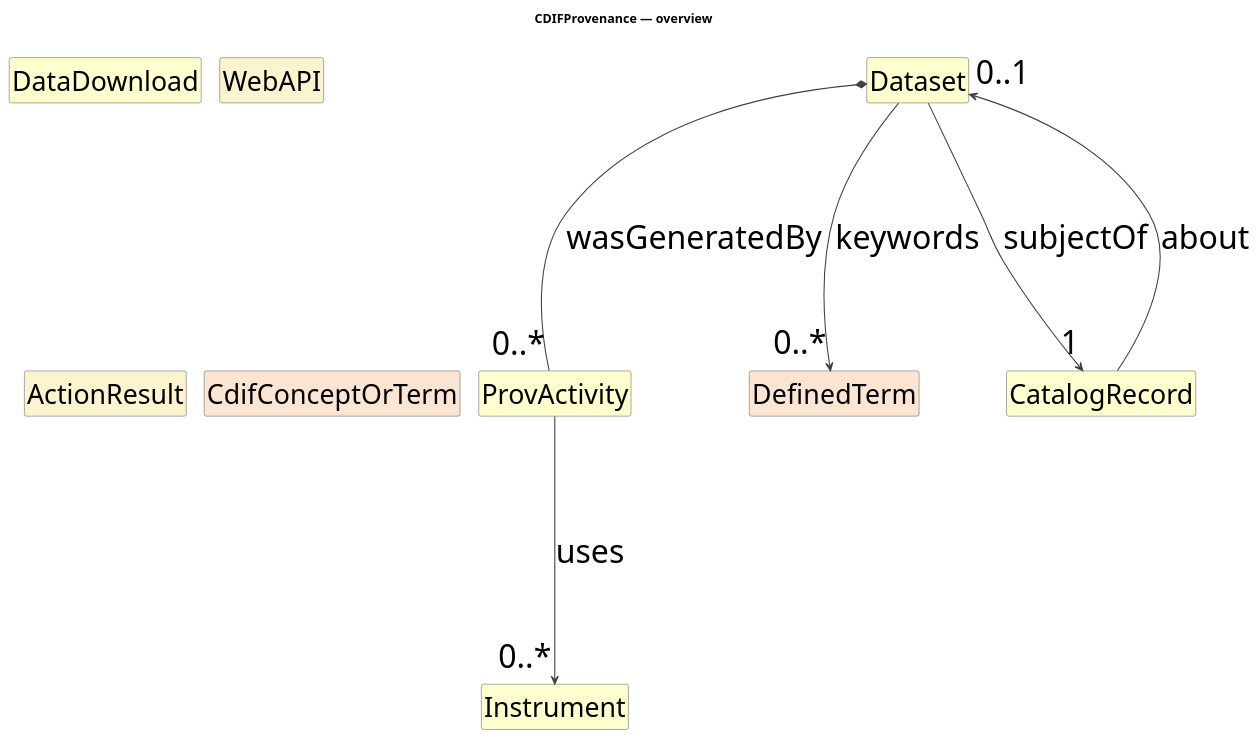
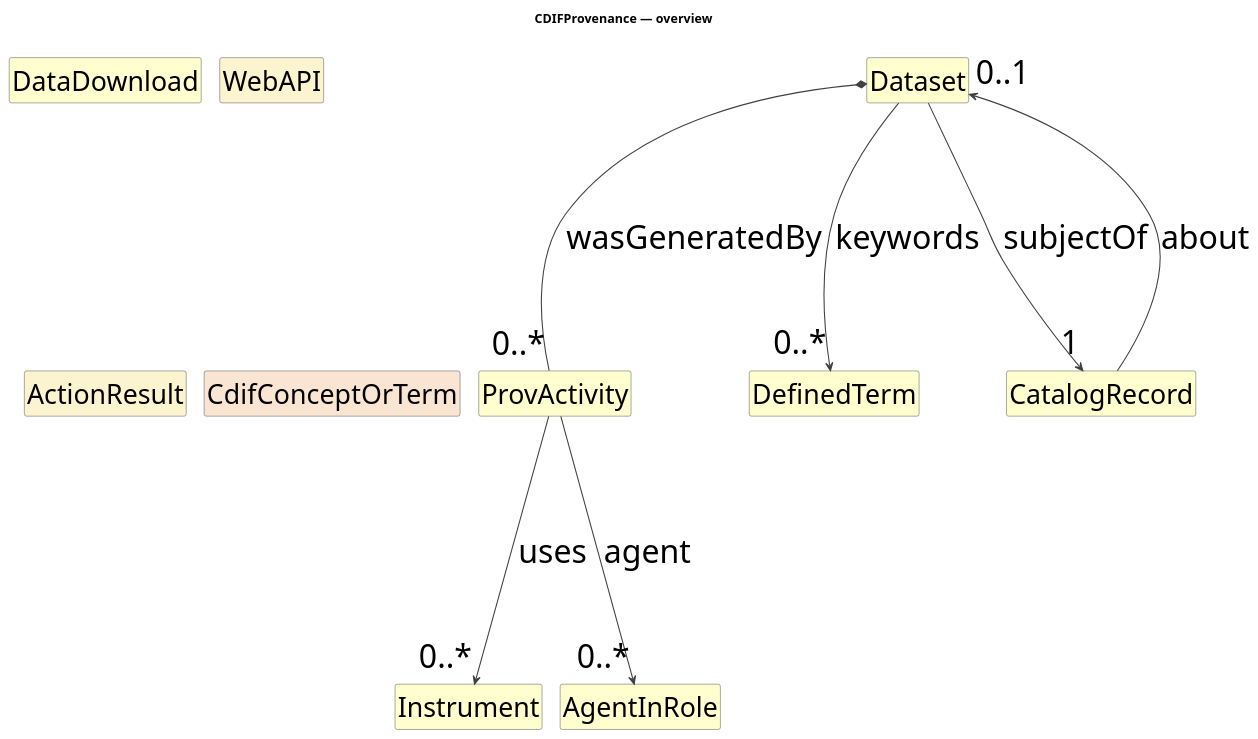
Before and after one commit to Cross-Domain-Interoperability-Framework/metadataBuildingBlocks: the diagram in cdif-uml-model/_plantuml/cdifProvenance/index.local.pu, drawn with PlantUML. The commit also changed 485 other files, not shown here.

```diff
--- a/cdif-uml-model/_plantuml/cdifProvenance/index.local.pu
+++ b/cdif-uml-model/_plantuml/cdifProvenance/index.local.pu
@@ -1,32 +1,34 @@
 @startuml
 title CDIFProvenance — overview
 hide circle
 hide empty members
 skinparam shadowing false
 skinparam ArrowThickness 1.2
 skinparam ranksep 250
 skinparam nodesep 20
 skinparam defaultFontSize 36
 skinparam class {
   ArrowColor #404040
   BorderColor #404040
   FontSize 36
   AttributeFontSize 30
 }
 
 class "ProvActivity" as ProvActivity #FEFECE
 class "Instrument" as Instrument #FEFECE
+class "AgentInRole" as AgentInRole #FEFECE
 class "Dataset" as Dataset #FEFECE
 class "DataDownload" as DataDownload #FEFECE
 class "WebAPI" as WebAPI #FCF3CF
 class "ActionResult" as ActionResult #FCF3CF
-class "DefinedTerm" as DefinedTerm #FAE5D3
+class "DefinedTerm" as DefinedTerm #FEFECE
 class "CatalogRecord" as CatalogRecord #FEFECE
 class "CdifConceptOrTerm" as CdifConceptOrTerm #FAE5D3
 ProvActivity --> "0..*" Instrument : uses
+ProvActivity --> "0..*" AgentInRole : agent
 Dataset *-- "0..*" ProvActivity : wasGeneratedBy
 Dataset --> "1" CatalogRecord : subjectOf
 Dataset --> "0..*" DefinedTerm : keywords
 CatalogRecord --> "0..1" Dataset : about
 
 @enduml
```
